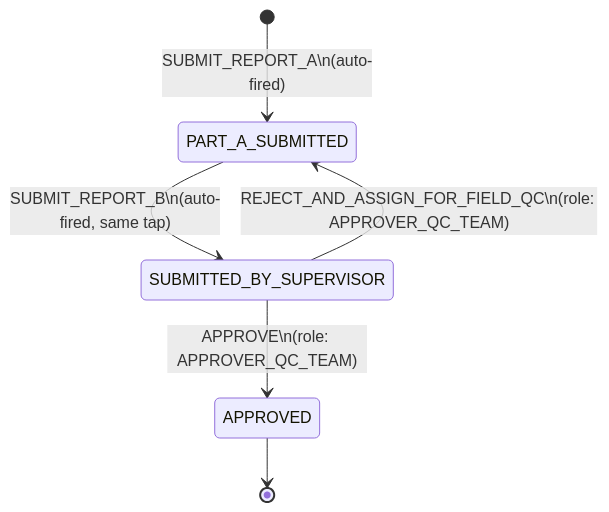
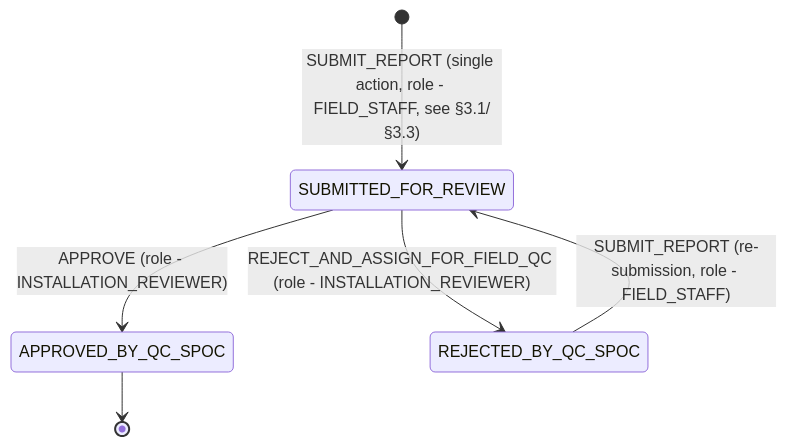
Before and after one commit to Selco-Foundation/Selco-Livelihood: the second of 2 diagrams in Z_docs/Livelihood_installation/Livelihood_Installation_Business_Service.md, drawn with Mermaid. The commit also changed other lines of this file and 8 other files, not shown here.

````diff
--- a/Z_docs/Livelihood_installation/Livelihood_Installation_Business_Service.md
+++ b/Z_docs/Livelihood_installation/Livelihood_Installation_Business_Service.md
@@ -198,8 +163,8 @@
 ```mermaid
 stateDiagram-v2
-    [*] --> PART_A_SUBMITTED: SUBMIT_REPORT_A\n(auto-fired)
-    PART_A_SUBMITTED --> SUBMITTED_BY_SUPERVISOR: SUBMIT_REPORT_B\n(auto-fired, same tap)
-    SUBMITTED_BY_SUPERVISOR --> APPROVED: APPROVE\n(role: APPROVER_QC_TEAM)
-    SUBMITTED_BY_SUPERVISOR --> PART_A_SUBMITTED: REJECT_AND_ASSIGN_FOR_FIELD_QC\n(role: APPROVER_QC_TEAM)
-    APPROVED --> [*]
+    [*] --> SUBMITTED_FOR_REVIEW: SUBMIT_REPORT (single action, role - FIELD_STAFF, see §3.1/§3.3)
+    SUBMITTED_FOR_REVIEW --> APPROVED_BY_QC_SPOC: APPROVE (role - INSTALLATION_REVIEWER)
+    SUBMITTED_FOR_REVIEW --> REJECTED_BY_QC_SPOC: REJECT_AND_ASSIGN_FOR_FIELD_QC (role - INSTALLATION_REVIEWER)
+    REJECTED_BY_QC_SPOC --> SUBMITTED_FOR_REVIEW: SUBMIT_REPORT (re-submission, role - FIELD_STAFF)
+    APPROVED_BY_QC_SPOC --> [*]
 ```
````
